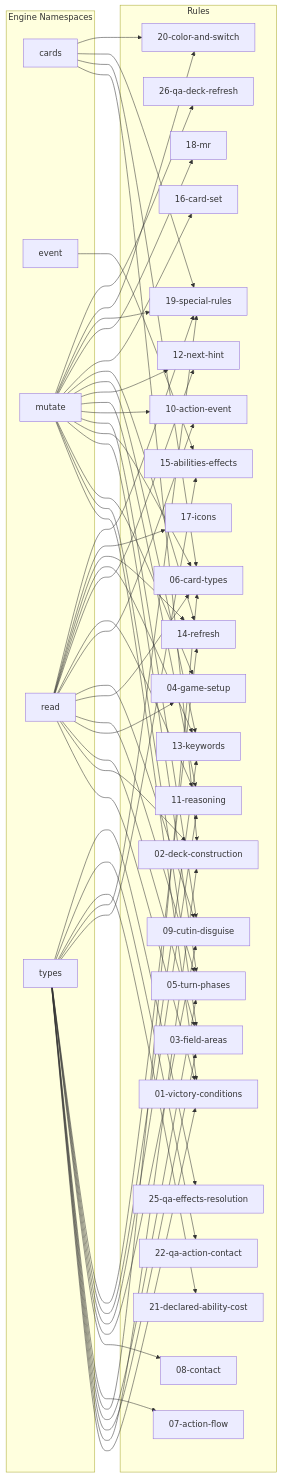
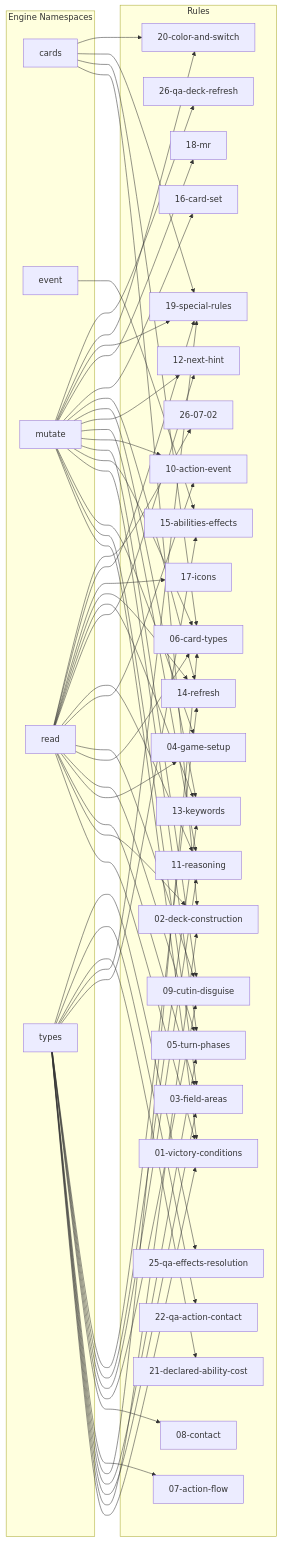
The diagram in .claude/auto/mapping/graph-rules-engine-core.md (orihekat78/TCGApp), drawn with Mermaid before and after one commit. The commit also changed other lines of this file and 102 other files, not shown here.

```diff
--- a/.claude/auto/mapping/graph-rules-engine-core.md
+++ b/.claude/auto/mapping/graph-rules-engine-core.md
@@ -39,6 +39,7 @@
     R_21_declared_ability_cost_md["21-declared-ability-cost"]
     R_22_qa_action_contact_md["22-qa-action-contact"]
     R_25_qa_effects_resolution_md["25-qa-effects-resolution"]
+    R_26_07_02_md["26-07-02"]
     R_26_qa_deck_refresh_md["26-qa-deck-refresh"]
   end
   NS_cards --> R_02_deck_construction_md
@@ -76,6 +77,7 @@
   NS_read --> R_14_refresh_md
   NS_read --> R_17_icons_md
   NS_read --> R_19_special_rules_md
+  NS_read --> R_26_07_02_md
   NS_types --> R_01_victory_conditions_md
   NS_types --> R_02_deck_construction_md
   NS_types --> R_03_field_areas_md
```
